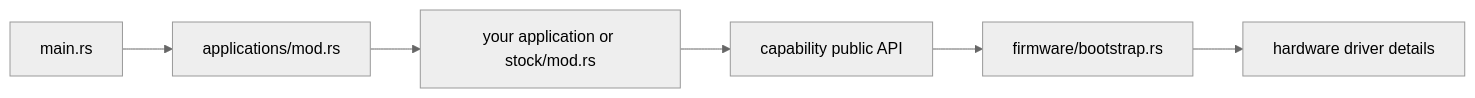
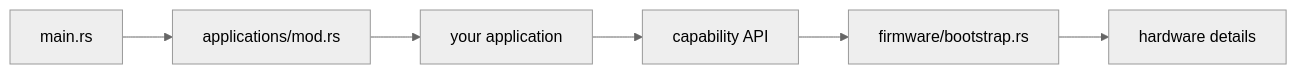
Before and after one commit to wackazong/hackandhike-2026: diagram 16 of 17 in README.md, drawn with Mermaid (neutral theme). The commit also changed other lines of this file, not shown here.

Commit message:
Expand beginner application examples

````diff
--- a/README.md
+++ b/README.md
@@ -1432,8 +1530,8 @@
 ```mermaid
 flowchart LR
     A["main.rs"] --> B["applications/mod.rs"]
-    B --> C["your application or stock/mod.rs"]
-    C --> D["capability public API"]
+    B --> C["your application"]
+    C --> D["capability API"]
     D --> E["firmware/bootstrap.rs"]
-    E --> F["hardware driver details"]
+    E --> F["hardware details"]
 ```
````
